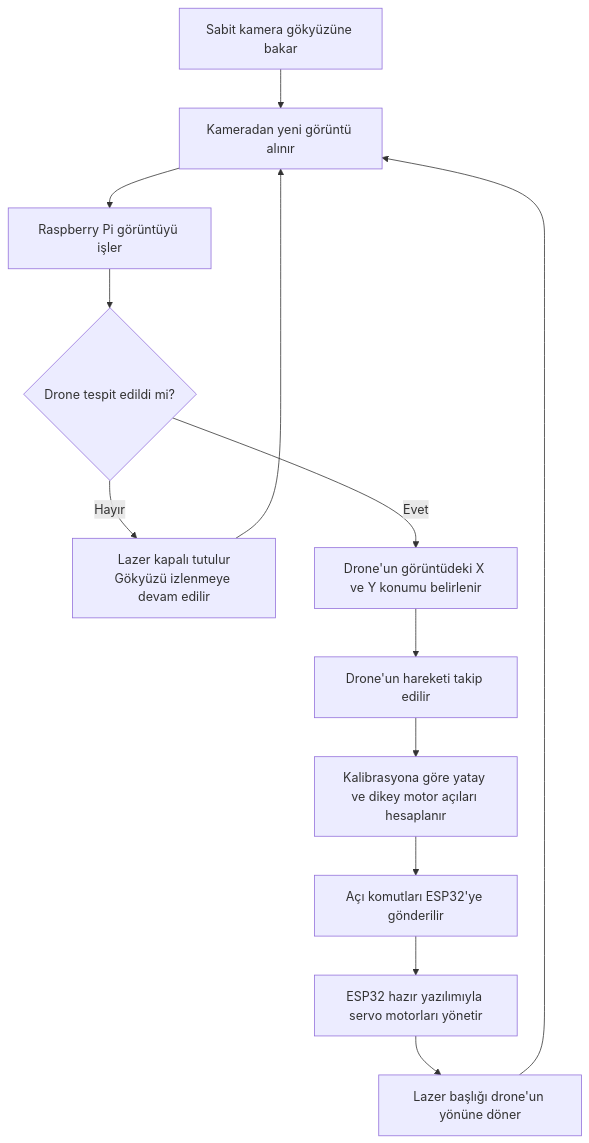
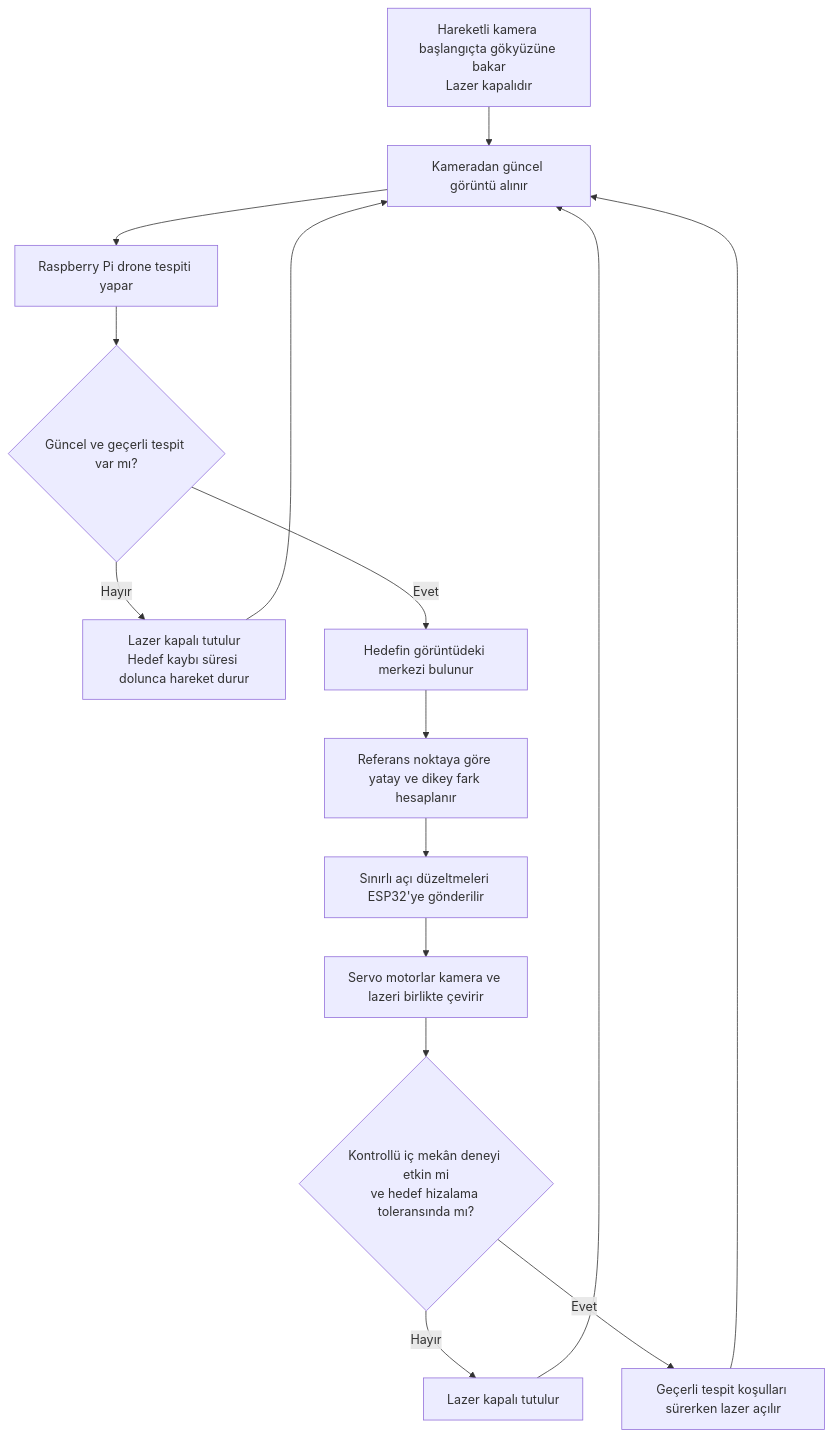
Before and after one commit to cbsanal/drone-tespit-takip: the diagram in README.md, drawn with Mermaid. The commit also changed other lines of this file, not shown here.

Commit message:
docs: kamera ve lazeri birlikte hareket eden başlık düzenine uyarla

````diff
--- a/README.md
+++ b/README.md
@@ -35,17 +35,17 @@
 ```mermaid
 flowchart TD
-    A["Sabit kamera gökyüzüne bakar"] --> B["Kameradan yeni görüntü alınır"]
-    B --> C["Raspberry Pi görüntüyü işler"]
-    C --> D{"Drone tespit edildi mi?"}
-
-    D -->|Hayır| E["Lazer kapalı tutulur<br/>Gökyüzü izlenmeye devam edilir"]
+    A["Hareketli kamera başlangıçta gökyüzüne bakar<br/>Lazer kapalıdır"] --> B["Kameradan güncel görüntü alınır"]
+    B --> C["Raspberry Pi drone tespiti yapar"]
+    C --> D{"Güncel ve geçerli tespit var mı?"}
+    D -->|Hayır| E["Lazer kapalı tutulur<br/>Hedef kaybı süresi dolunca hareket durur"]
     E --> B
-
-    D -->|Evet| F["Drone'un görüntüdeki X ve Y konumu belirlenir"]
-    F --> G["Drone'un hareketi takip edilir"]
-    G --> H["Kalibrasyona göre yatay ve dikey motor açıları hesaplanır"]
-    H --> I["Açı komutları ESP32'ye gönderilir"]
-    I --> J["ESP32 hazır yazılımıyla servo motorları yönetir"]
-    J --> K["Lazer başlığı drone'un yönüne döner"]
+    D -->|Evet| F["Hedefin görüntüdeki merkezi bulunur"]
+    F --> G["Referans noktaya göre yatay ve dikey fark hesaplanır"]
+    G --> H["Sınırlı açı düzeltmeleri ESP32'ye gönderilir"]
+    H --> I["Servo motorlar kamera ve lazeri birlikte çevirir"]
+    I --> J{"Kontrollü iç mekân deneyi etkin mi<br/>ve hedef hizalama toleransında mı?"}
+    J -->|Hayır| K["Lazer kapalı tutulur"]
+    J -->|Evet| L["Geçerli tespit koşulları sürerken lazer açılır"]
     K --> B
+    L --> B
 ```
````
